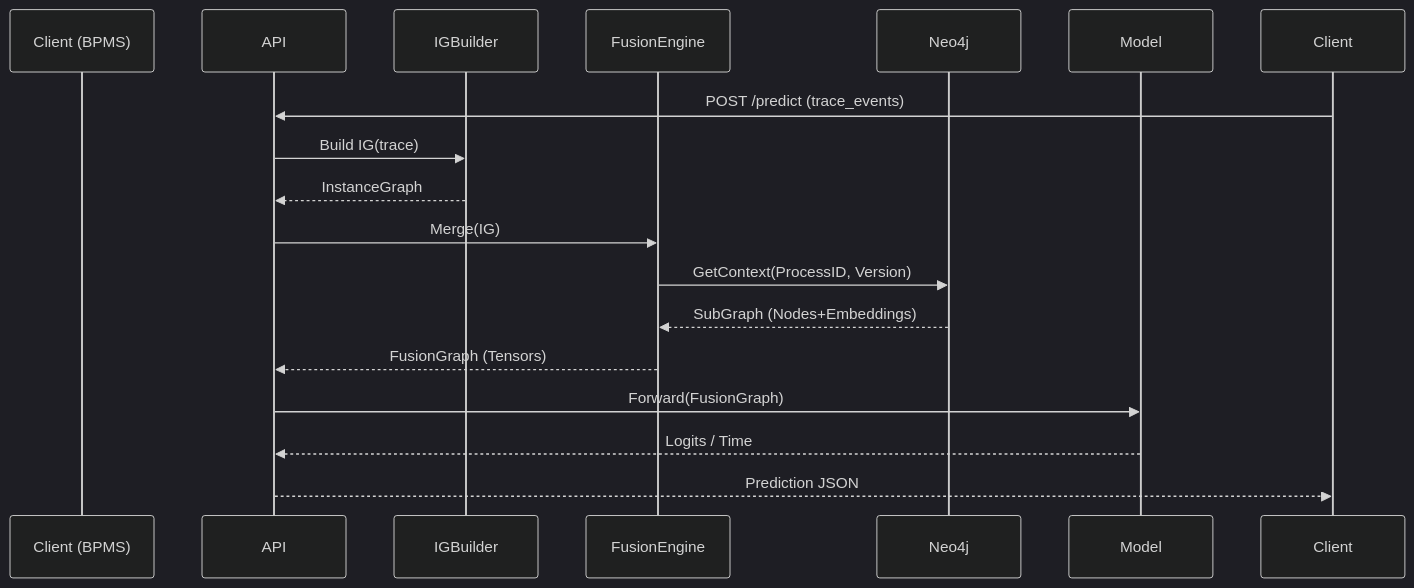
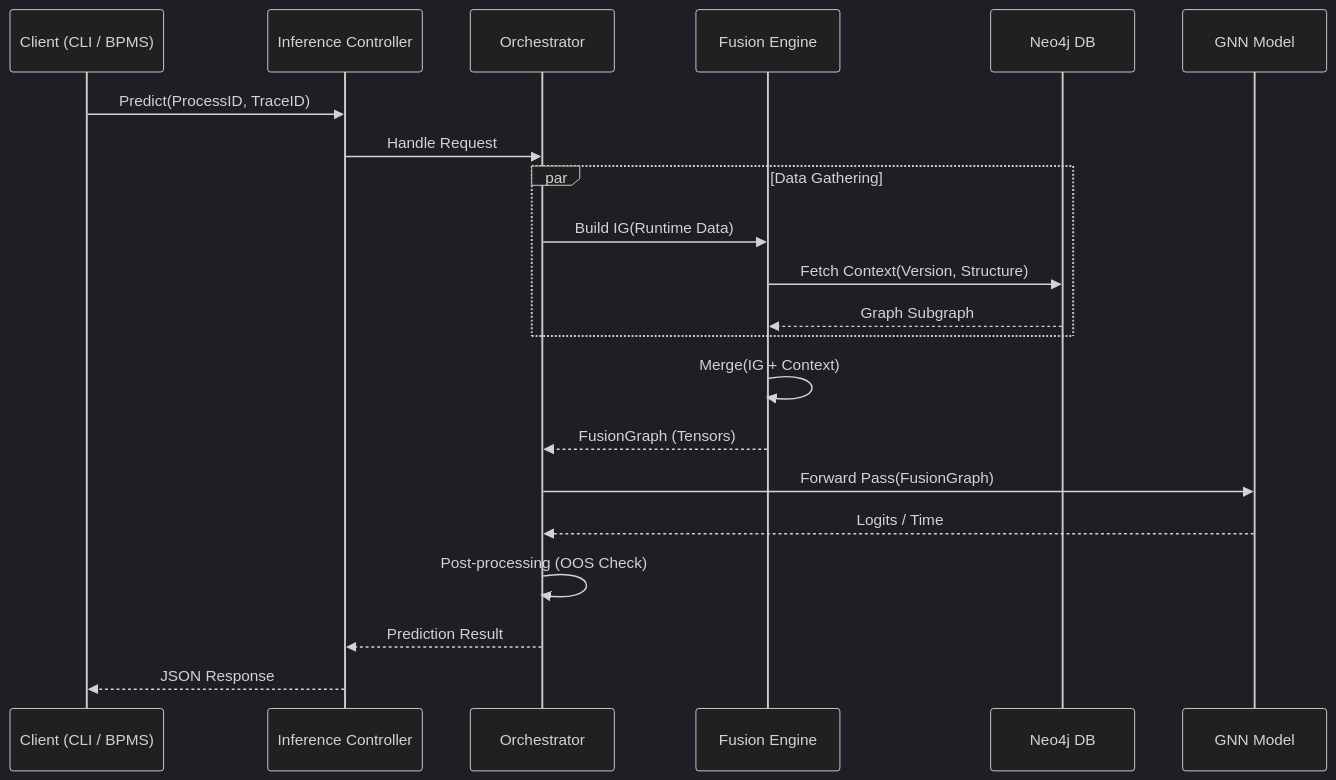
One commit to ghsrg/bpm_prediction changed the second of 2 diagrams in ARCHITECTURE.MD. Above: the diagram before and after it, drawn with Mermaid (dark theme). The commit also changed other lines of this file, not shown here.

Commit message:
Architecture modify

````diff
--- a/ARCHITECTURE.MD
+++ b/ARCHITECTURE.MD
@@ -127,20 +132,28 @@
 ```mermaid
 sequenceDiagram
-    participant Client (BPMS)
-    participant API
-    participant IGBuilder
-    participant FusionEngine
-    participant Neo4j
-    participant Model
+    participant Client as Client (CLI / BPMS)
+    participant Ctrl as Inference Controller
+    participant Orch as Orchestrator
+    participant Fusion as Fusion Engine
+    participant Neo4j as Neo4j DB
+    participant Model as GNN Model
 
-    Client->>API: POST /predict (trace_events)
-    API->>IGBuilder: Build IG(trace)
-    IGBuilder-->>API: InstanceGraph
-    API->>FusionEngine: Merge(IG)
-    FusionEngine->>Neo4j: GetContext(ProcessID, Version)
-    Neo4j-->>FusionEngine: SubGraph (Nodes+Embeddings)
-    FusionEngine-->>API: FusionGraph (Tensors)
-    API->>Model: Forward(FusionGraph)
-    Model-->>API: Logits / Time
-    API-->>Client: Prediction JSON
+    Client->>Ctrl: Predict(ProcessID, TraceID)
+    Ctrl->>Orch: Handle Request
+    
+    par Data Gathering
+        Orch->>Fusion: Build IG(Runtime Data)
+        Fusion->>Neo4j: Fetch Context(Version, Structure)
+        Neo4j-->>Fusion: Graph Subgraph
+    end
+    
+    Fusion->>Fusion: Merge(IG + Context)
+    Fusion-->>Orch: FusionGraph (Tensors)
+    
+    Orch->>Model: Forward Pass(FusionGraph)
+    Model-->>Orch: Logits / Time
+    
+    Orch->>Orch: Post-processing (OOS Check)
+    Orch-->>Ctrl: Prediction Result
+    Ctrl-->>Client: JSON Response
 ```
````
